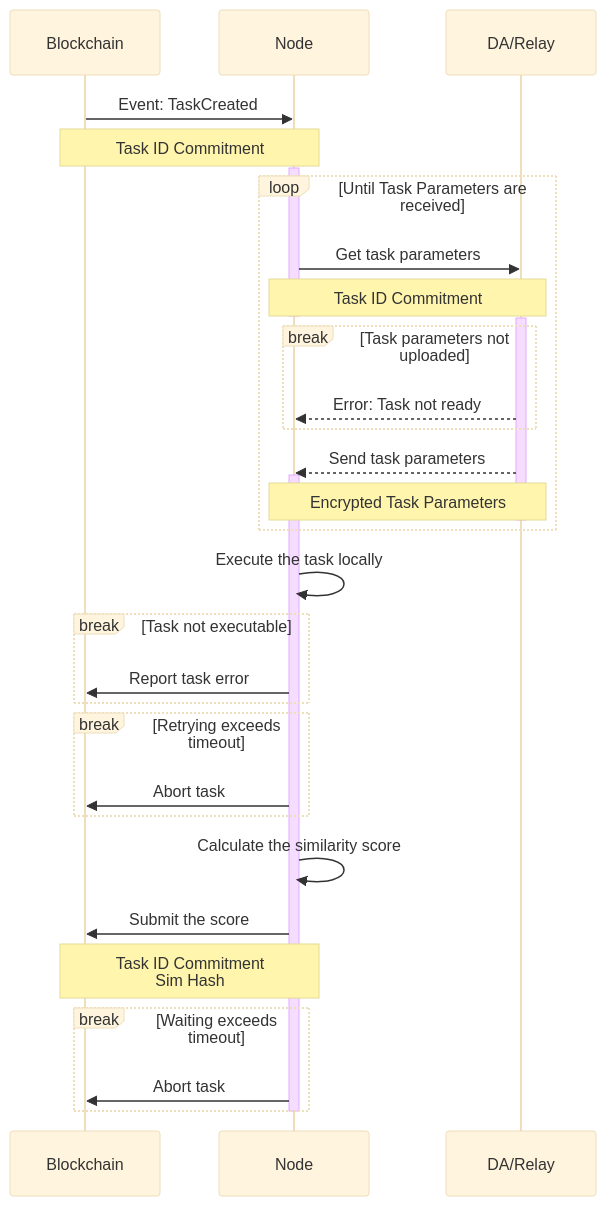
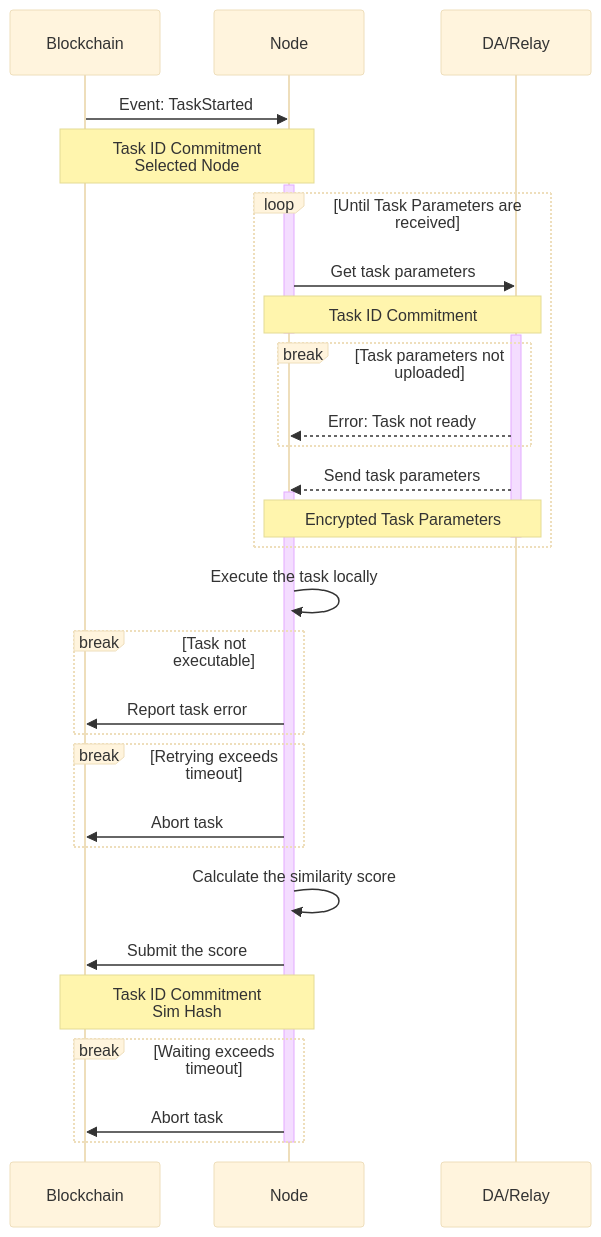
One commit to crynux-ai/documentation changed the second of 2 diagrams in gitbook/system-design/task-lifecycle.md. Above: the diagram before and after it, drawn with Mermaid (base theme). The commit also changed other lines of this file, not shown here.

````diff
--- a/gitbook/system-design/task-lifecycle.md
+++ b/gitbook/system-design/task-lifecycle.md
@@ -113,44 +113,44 @@
 ```mermaid
 sequenceDiagram
     Participant B as Blockchain
     Participant N as Node
     Participant R as DA/Relay
 
-    B ->> N: Event: TaskCreated
-    Note over B,N: Task ID Commitment
+    B ->> N: Event: TaskStarted
+    Note over B,N: Task ID Commitment<br />Selected Node
     activate N
     loop Until Task Parameters are received
         N ->> R: Get task parameters
         Note over N,R: Task ID Commitment
         deactivate N
         activate R
         break Task parameters not uploaded
             R -->> N: Error: Task not ready
         end
         R -->> N: Send task parameters
         activate N
         Note over N,R: Encrypted Task Parameters
         deactivate R
     end
 
     N ->> N: Execute the task locally
 
     break Task not executable
         N ->> B: Report task error
     end
 
     break Retrying exceeds timeout
         N ->> B: Abort task
     end
     
     N ->> N: Calculate the similarity score
     N ->> B: Submit the score
     Note over N,B: Task ID Commitment<br/>Sim Hash
 
     break Waiting exceeds timeout
         N ->> B: Abort task
     end
 
     deactivate N
 
 ```
````
